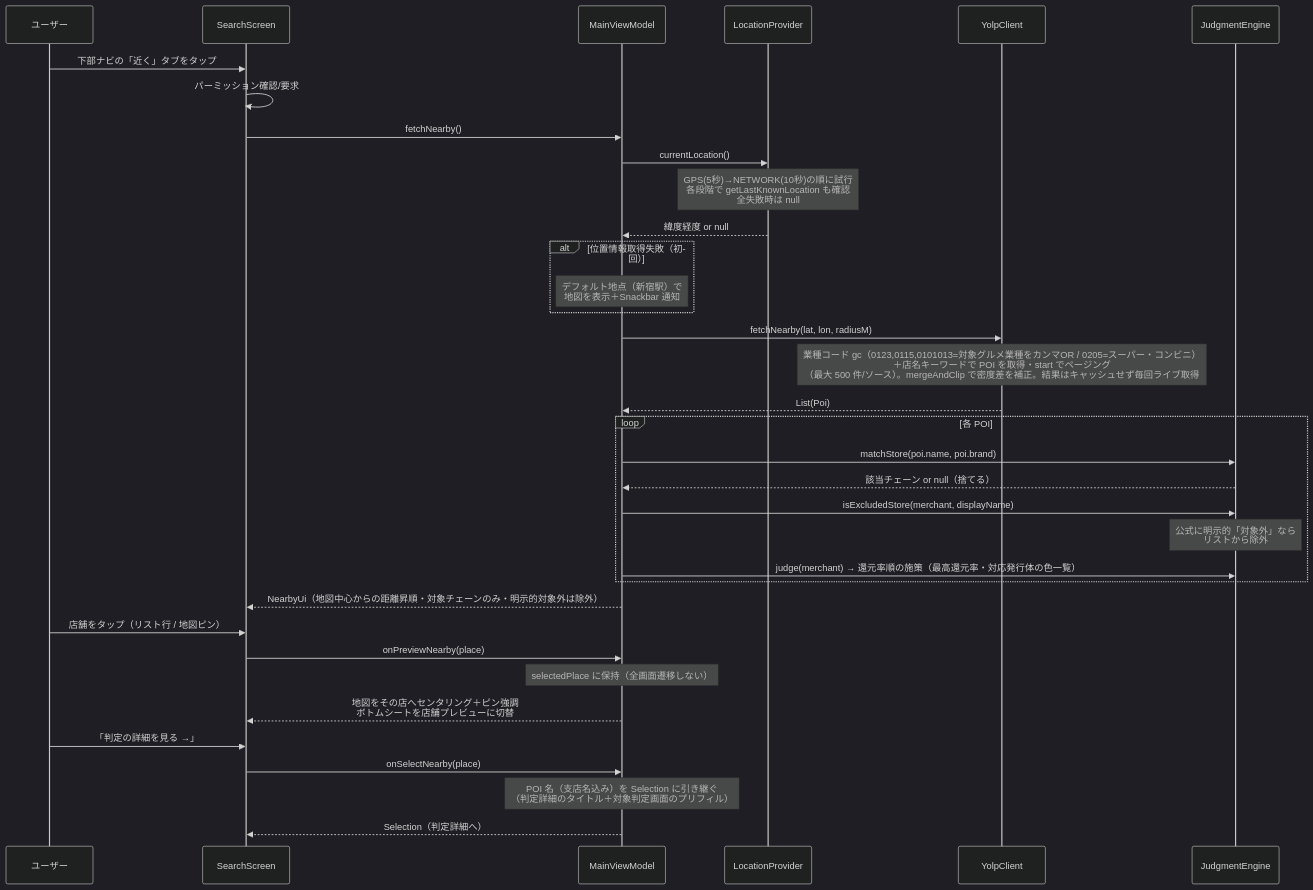
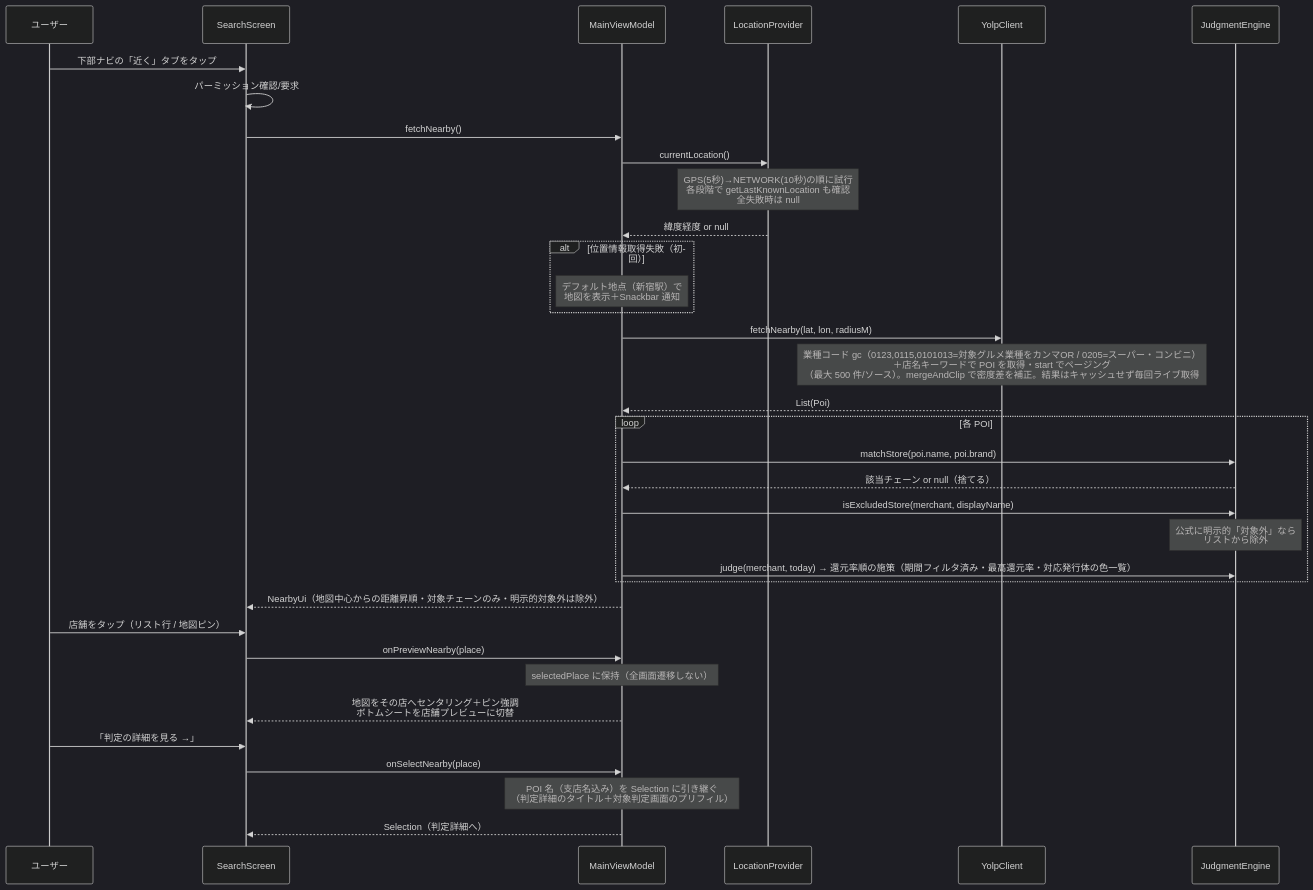
Before and after one commit to ktakjm/poikatsu: the sixth of 6 diagrams in docs/code-guide.md, drawn with Mermaid (dark theme). The commit also changed other lines of this file and 10 other files, not shown here.

````diff
--- a/docs/code-guide.md
+++ b/docs/code-guide.md
@@ -335,38 +413,38 @@
 ```mermaid
 sequenceDiagram
     participant U as ユーザー
     participant SC as SearchScreen
     participant VM as MainViewModel
     participant LP as LocationProvider
     participant YC as YolpClient
     participant JE as JudgmentEngine
 
     U->>SC: 下部ナビの「近く」タブをタップ
     SC->>SC: パーミッション確認/要求
     SC->>VM: fetchNearby()
     VM->>LP: currentLocation()
     Note over LP: GPS(5秒)→NETWORK(10秒)の順に試行<br/>各段階で getLastKnownLocation も確認<br/>全失敗時は null
     LP-->>VM: 緯度経度 or null
     alt 位置情報取得失敗（初回）
         Note over VM: デフォルト地点（新宿駅）で<br/>地図を表示＋Snackbar 通知
     end
     VM->>YC: fetchNearby(lat, lon, radiusM)
     Note over YC: 業種コード gc（0123,0115,0101013=対象グルメ業種をカンマOR / 0205=スーパー・コンビニ）<br/>＋店名キーワードで POI を取得・start でページング<br/>（最大 500 件/ソース）。mergeAndClip で密度差を補正。結果はキャッシュせず毎回ライブ取得
     YC-->>VM: List(Poi)
     loop 各 POI
         VM->>JE: matchStore(poi.name, poi.brand)
         JE-->>VM: 該当チェーン or null（捨てる）
         VM->>JE: isExcludedStore(merchant, displayName)
         Note over JE: 公式に明示的「対象外」なら<br/>リストから除外
-        VM->>JE: judge(merchant) → 還元率順の施策（最高還元率・対応発行体の色一覧）
+        VM->>JE: judge(merchant, today) → 還元率順の施策（期間フィルタ済み・最高還元率・対応発行体の色一覧）
     end
     VM-->>SC: NearbyUi（地図中心からの距離昇順・対象チェーンのみ・明示的対象外は除外）
     U->>SC: 店舗をタップ（リスト行 / 地図ピン）
     SC->>VM: onPreviewNearby(place)
     Note over VM: selectedPlace に保持（全画面遷移しない）
     VM-->>SC: 地図をその店へセンタリング＋ピン強調<br/>ボトムシートを店舗プレビューに切替
     U->>SC: 「判定の詳細を見る →」
     SC->>VM: onSelectNearby(place)
     Note over VM: POI 名（支店名込み）を Selection に引き継ぐ<br/>（判定詳細のタイトル＋対象判定画面のプリフィル）
     VM-->>SC: Selection（判定詳細へ）
 ```
````
